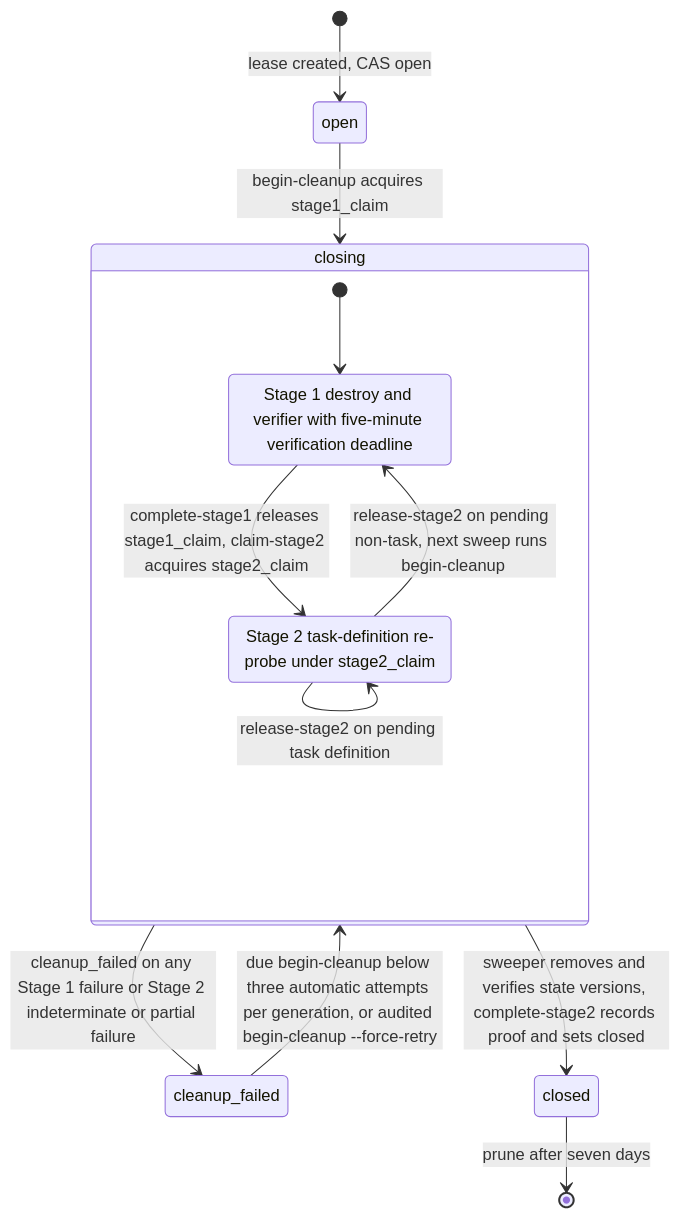
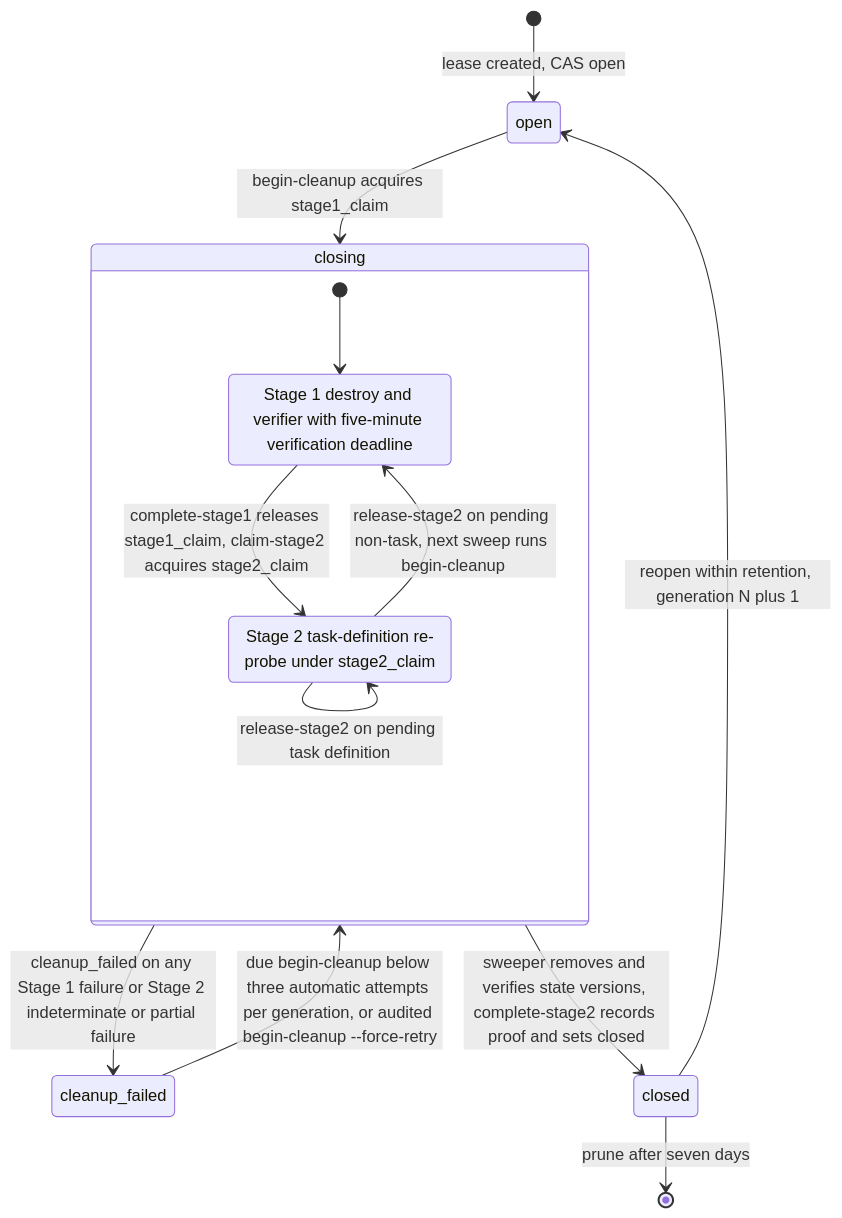
Before and after one commit to FunnyValentine69/orbit-infra: the second of 2 diagrams in README.md, drawn with Mermaid. The commit also changed other lines of this file, not shown here.

Commit message:
docs: README Tier 2 iteration-2 fixes — cost rationale without generalization, OIDC scope limited to real-AWS access, signed-image pipeline labelled CODE-ONLY until P0-3b, lease diagram shows reopen within retention

````diff
--- a/README.md
+++ b/README.md
@@ -65,17 +65,18 @@
 ```mermaid
 stateDiagram-v2
     [*] --> open: lease created, CAS open
     open --> closing: begin-cleanup acquires stage1_claim
     state closing {
         [*] --> stage1
         stage1: Stage 1 destroy and verifier with five-minute verification deadline
         stage2: Stage 2 task-definition re-probe under stage2_claim
         stage1 --> stage2: complete-stage1 releases stage1_claim, claim-stage2 acquires stage2_claim
         stage2 --> stage1: release-stage2 on pending non-task, next sweep runs begin-cleanup
         stage2 --> stage2: release-stage2 on pending task definition
     }
     closing --> cleanup_failed: cleanup_failed on any Stage 1 failure or Stage 2 indeterminate or partial failure
     cleanup_failed --> closing: due begin-cleanup below three automatic attempts per generation, or audited begin-cleanup --force-retry
     closing --> closed: sweeper removes and verifies state versions, complete-stage2 records proof and sets closed
+    closed --> open: reopen within retention, generation N plus 1
     closed --> [*]: prune after seven days
 ```
````
